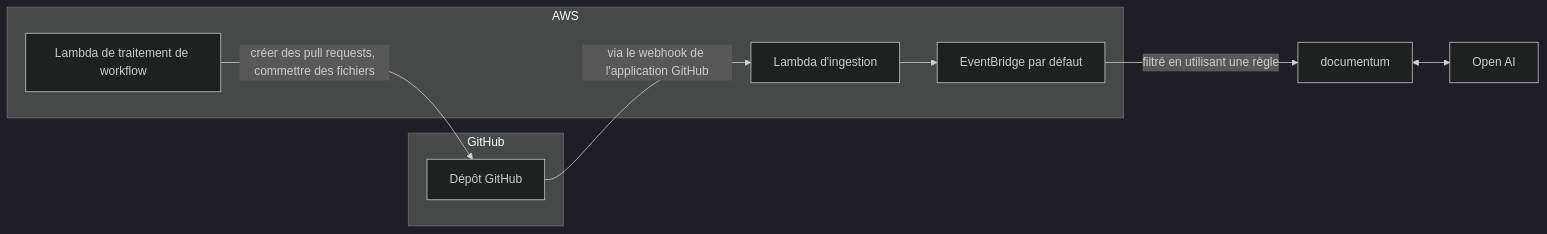
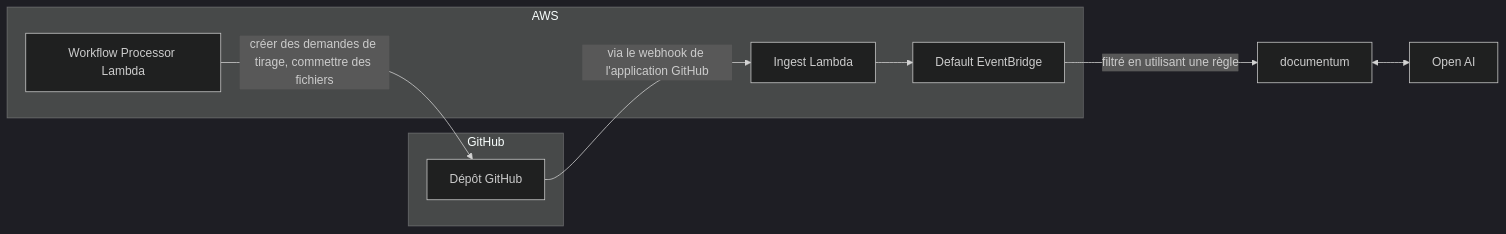
Before and after one commit to todoengineering/EvergreenDocs: the diagram in README.fr.md, drawn with Mermaid (dark theme). The commit also changed other lines of this file, not shown here.

````diff
--- a/README.fr.md
+++ b/README.fr.md
@@ -88,18 +90,18 @@
 ```mermaid
 graph LR
   subgraph GitHub
     githubRepo[Dépôt GitHub]
   end
 
   subgraph AWS
-    ingest[Lambda d'ingestion]
-    defaultEventBridge[EventBridge par défaut]
-    workflowProcessor[Lambda de traitement de workflow]
+    ingest[Ingest Lambda]
+    defaultEventBridge[Default EventBridge]
+    workflowProcessor[Workflow Processor Lambda]
   end
 
   openAi[Open AI]
 
 
   githubRepo -- via le webhook de l'application GitHub --> ingest --> defaultEventBridge -- filtré en utilisant une règle --> documentum <--> openAi
-  workflowProcessor -- créer des pull requests, commettre des fichiers --> githubRepo
+  workflowProcessor -- créer des demandes de tirage, commettre des fichiers --> githubRepo
 ```
````
